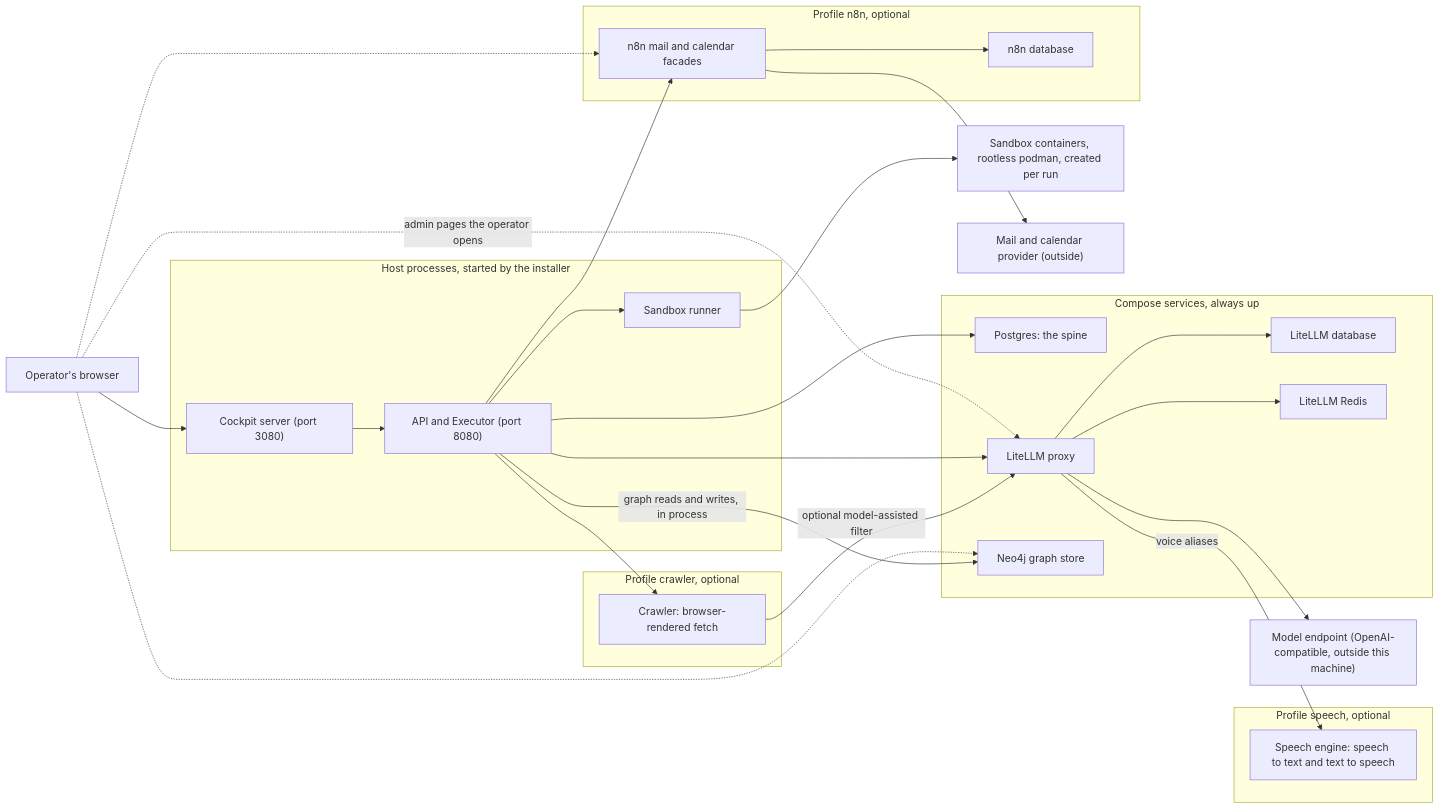
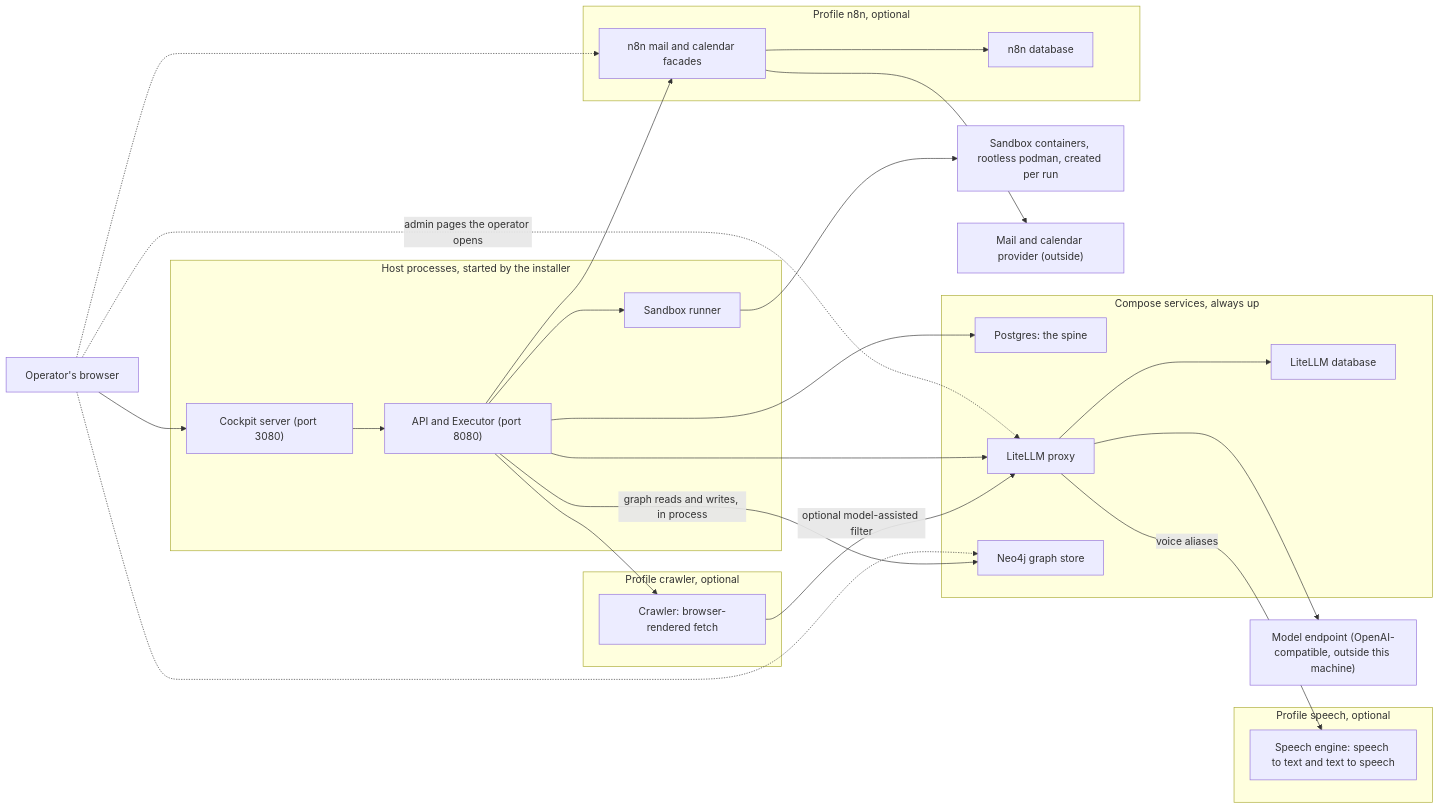
One commit to codyandrson/central-command changed the first of 3 diagrams in docs/diagrams/deployment.md. Above: the diagram before and after it, drawn with Mermaid. The commit also changed other lines of this file and 39 other files, not shown here.

````diff
--- a/docs/diagrams/deployment.md
+++ b/docs/diagrams/deployment.md
@@ -22,58 +22,56 @@
 ```mermaid
 flowchart LR
     Browser["Operator's browser"]
 
     subgraph Host["Host processes, started by the installer"]
         Cockpit["Cockpit server (port 3080)"]
         API["API and Executor (port 8080)"]
         Runner["Sandbox runner"]
     end
 
     Sandbox["Sandbox containers, rootless podman, created per run"]
 
     subgraph Always["Compose services, always up"]
         PG["Postgres: the spine"]
         LLM["LiteLLM proxy"]
         LLMDB["LiteLLM database"]
-        Redis["LiteLLM Redis"]
         Neo["Neo4j graph store"]
     end
 
     subgraph ProfN8n["Profile n8n, optional"]
         N8n["n8n mail and calendar facades"]
         N8nDB["n8n database"]
     end
 
     subgraph ProfCrawl["Profile crawler, optional"]
         Crawler["Crawler: browser-rendered fetch"]
     end
 
     subgraph ProfSpeech["Profile speech, optional"]
         Speech["Speech engine: speech to text and text to speech"]
     end
 
     Upstream["Model endpoint (OpenAI-compatible, outside this machine)"]
     Google["Mail and calendar provider (outside)"]
 
     Browser --> Cockpit
     Cockpit --> API
     Browser -.->|"admin pages the operator opens"| LLM
     Browser -.-> N8n
     Browser -.-> Neo
 
     API --> PG
     API --> LLM
     API -->|"graph reads and writes, in process"| Neo
     API --> N8n
     API --> Crawler
     API --> Runner
     Runner --> Sandbox
 
     LLM --> LLMDB
-    LLM --> Redis
     LLM --> Upstream
     LLM -->|"voice aliases"| Speech
     Crawler -->|"optional model-assisted filter"| LLM
     N8n --> N8nDB
     N8n --> Google
 ```
````
